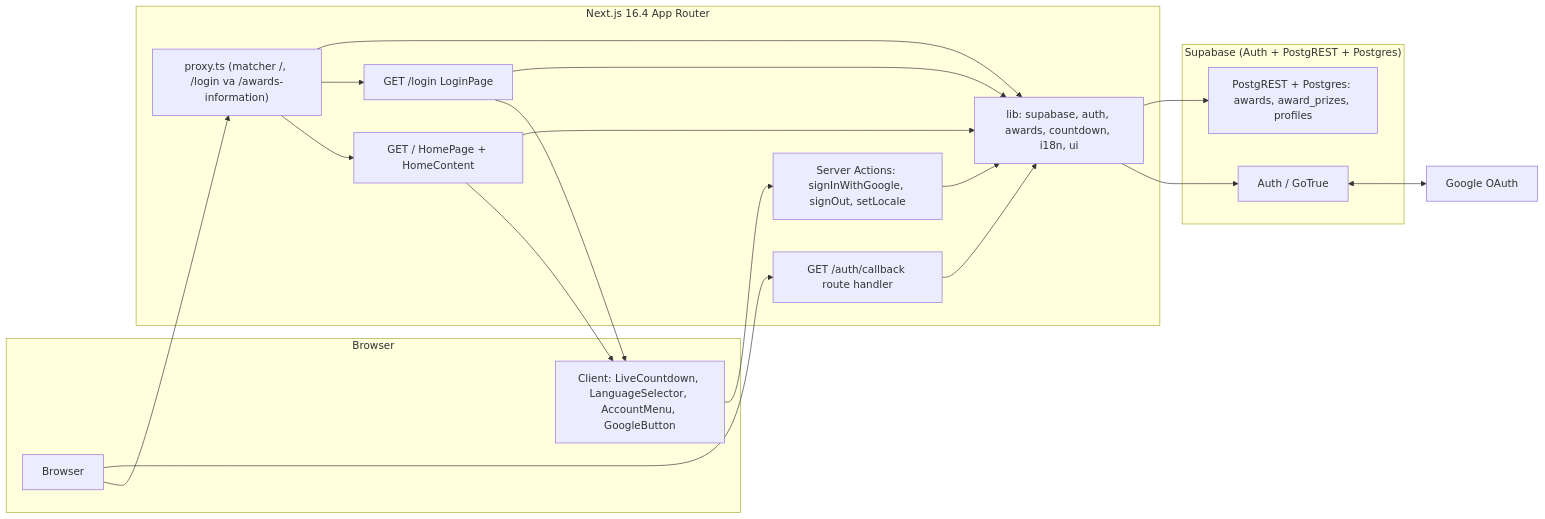
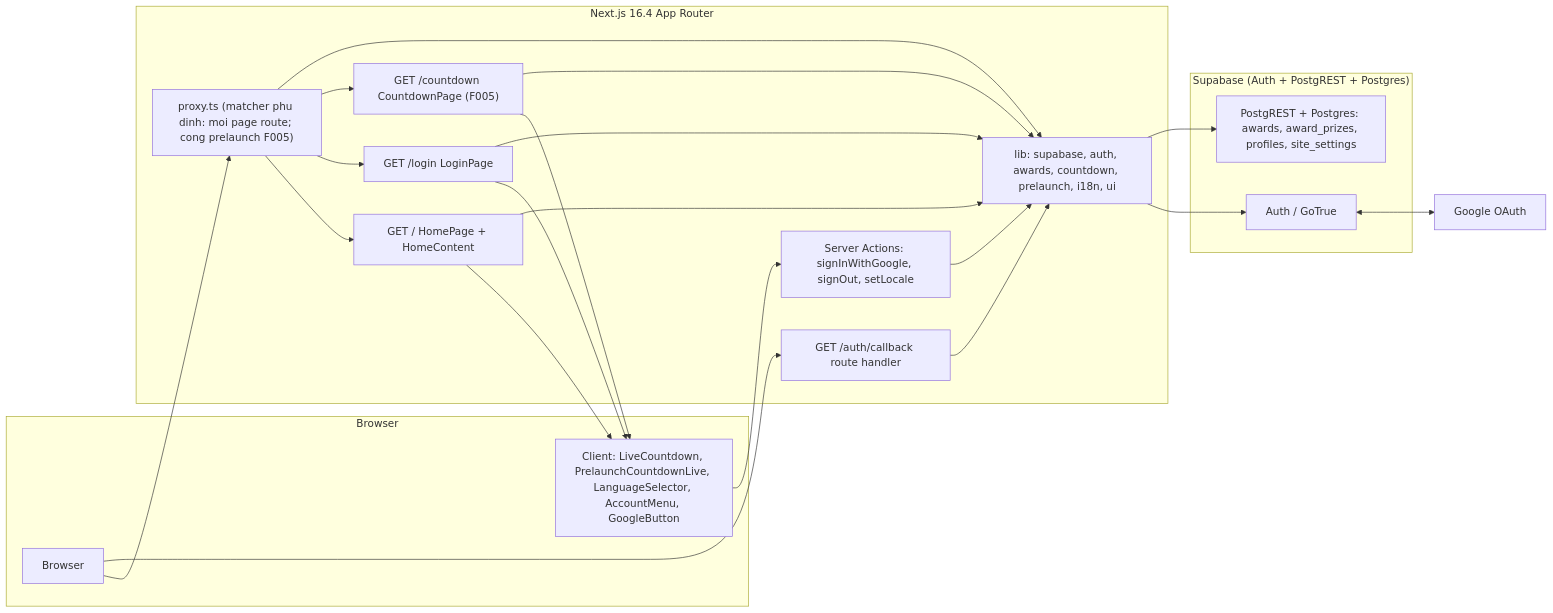
The first of 5 diagrams in docs/system/architecture.md (lannp-3774/agentic-coding-hands-on), drawn with Mermaid before and after one commit. The commit also changed other lines of this file and 21 other files, not shown here.

First line of the commit message:
docs(spec): add F005 countdown prelaunch spec and sync generated docs

````diff
--- a/docs/system/architecture.md
+++ b/docs/system/architecture.md
@@ -18,36 +18,40 @@
 ```mermaid
 flowchart LR
     subgraph Browser
         B[Browser]
-        CD["Client: LiveCountdown, LanguageSelector, AccountMenu, GoogleButton"]
+        CD["Client: LiveCountdown, PrelaunchCountdownLive, LanguageSelector, AccountMenu, GoogleButton"]
     end
     subgraph "Next.js 16.4 App Router"
-        P["proxy.ts (matcher /, /login va /awards-information)"]
+        P["proxy.ts (matcher phu dinh: moi page route; cong prelaunch F005)"]
         H["GET / HomePage + HomeContent"]
         L["GET /login LoginPage"]
+        CP["GET /countdown CountdownPage (F005)"]
         CB["GET /auth/callback route handler"]
         A["Server Actions: signInWithGoogle, signOut, setLocale"]
-        LIB["lib: supabase, auth, awards, countdown, i18n, ui"]
+        LIB["lib: supabase, auth, awards, countdown, prelaunch, i18n, ui"]
     end
     subgraph "Supabase (Auth + PostgREST + Postgres)"
         G["Auth / GoTrue"]
-        R["PostgREST + Postgres: awards, award_prizes, profiles"]
+        R["PostgREST + Postgres: awards, award_prizes, profiles, site_settings"]
     end
     GO[Google OAuth]
 
     B --> P
     P --> H
     P --> L
+    P --> CP
     B --> CB
     H --> CD
     L --> CD
+    CP --> CD
+    CP --> LIB
     CD --> A
     H --> LIB
     L --> LIB
     A --> LIB
     CB --> LIB
     P --> LIB
     LIB --> G
     LIB --> R
     G <--> GO
 ```
````
